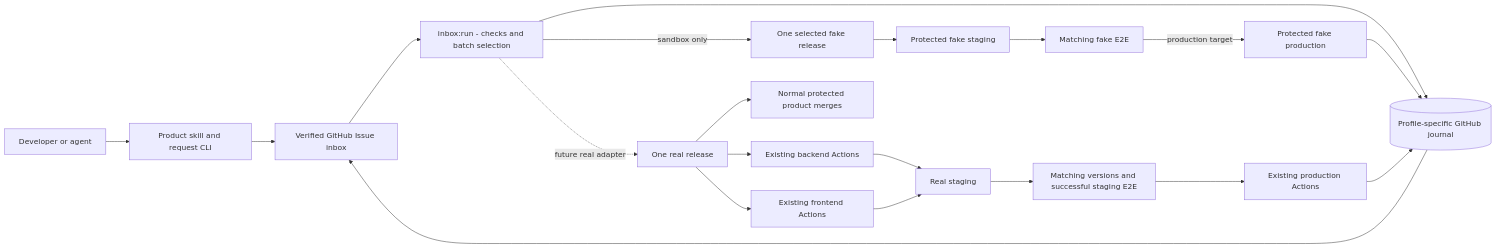
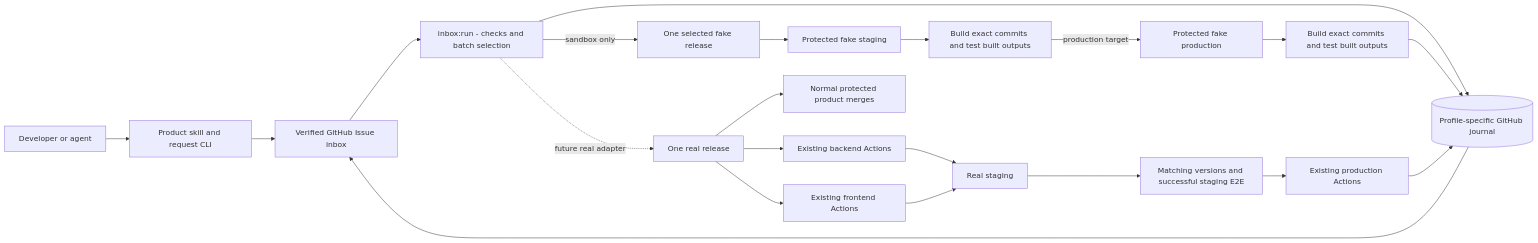
The second of 2 diagrams in docs/design.md (6529-Collections/6529-release-coordinator), drawn with Mermaid before and after one commit. The commit also changed other lines of this file and 31 other files, not shown here.

````diff
--- a/docs/design.md
+++ b/docs/design.md
@@ -464,22 +508,23 @@
 ```mermaid
 flowchart LR
     U[Developer or agent] --> CLI[Product skill and request CLI]
     CLI --> INBOX[Verified GitHub Issue inbox]
     INBOX --> IP[inbox:run - checks and batch selection]
     IP --> J[(Profile-specific GitHub journal)]
     IP -->|sandbox only| SW[One selected fake release]
     SW --> SSTG[Protected fake staging]
-    SSTG --> SE2E[Matching fake E2E]
+    SSTG --> SE2E[Build exact commits and test built outputs]
     SE2E -->|production target| SPROD[Protected fake production]
-    SPROD --> J
+    SPROD --> PE2E[Build exact commits and test built outputs]
+    PE2E --> J
     IP -. future real adapter .-> W[One real release]
     W --> GH[Normal protected product merges]
     W --> BE[Existing backend Actions]
     W --> FE[Existing frontend Actions]
     BE --> STG[Real staging]
     FE --> STG
     STG --> E2E[Matching versions and successful staging E2E]
     E2E --> PROD[Existing production Actions]
     PROD --> J
     J --> INBOX
 ```
````
